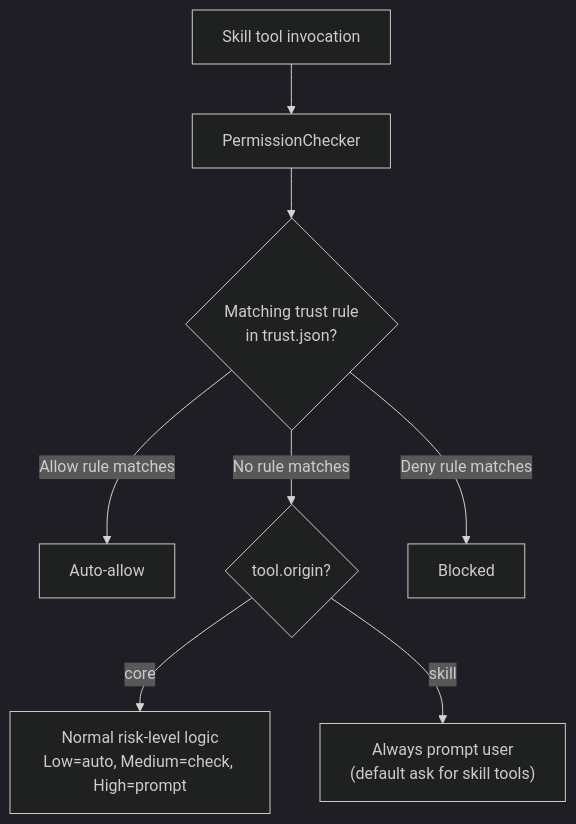
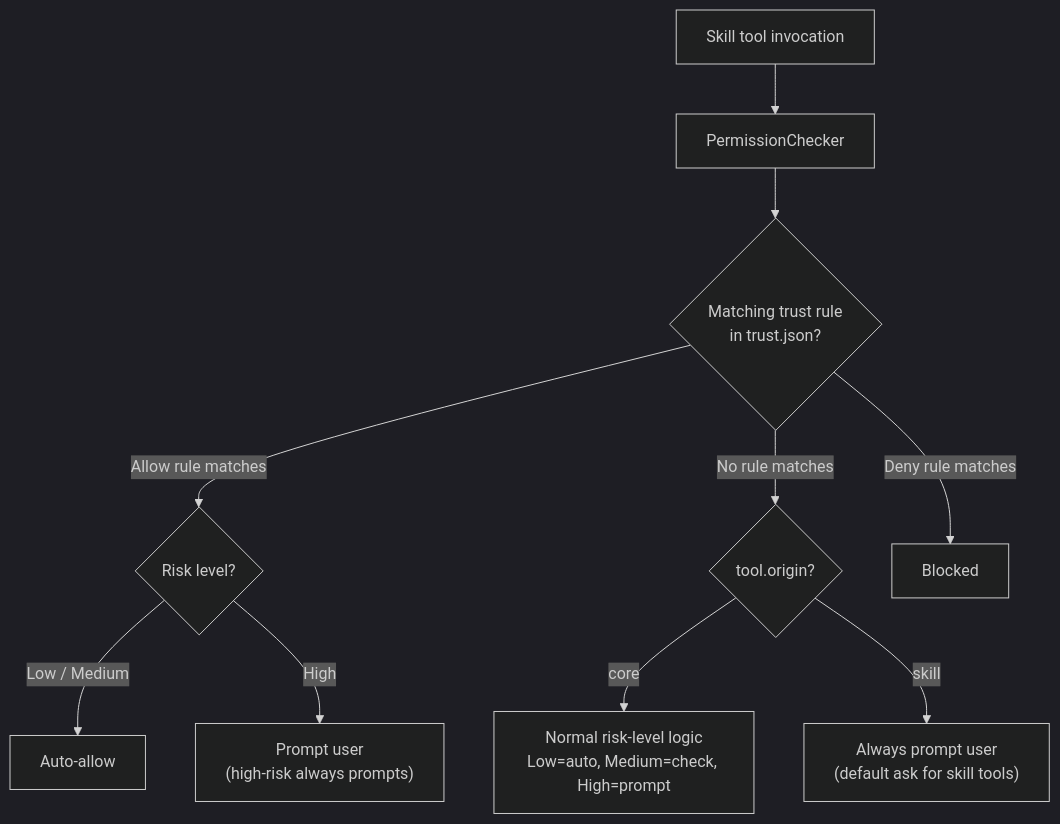
Diagram 19 of 28 in ARCHITECTURE.md (vellum-ai/vellum-assistant), drawn with Mermaid (dark theme) before and after one commit. The commit also changed other lines of this file, not shown here.

Commit message:
docs: add high-risk exception to permission flow diagram
The Mermaid diagram previously showed "Allow rule matches → Auto-allow"
without noting that high-risk tool invocations still prompt the user
even with a matching allow rule. This matches the actual behavior in
checker.ts where allow rules only auto-allow when risk !== High.

````diff
--- a/ARCHITECTURE.md
+++ b/ARCHITECTURE.md
@@ -1482,10 +1482,12 @@
 ```mermaid
 graph TB
     TOOL_CALL["Skill tool invocation"] --> PERM["PermissionChecker"]
     PERM --> TRUST{"Matching trust rule<br/>in trust.json?"}
-    TRUST -->|"Allow rule matches"| ALLOW["Auto-allow"]
+    TRUST -->|"Allow rule matches"| HRISK{"Risk level?"}
+    HRISK -->|"Low / Medium"| ALLOW["Auto-allow"]
+    HRISK -->|"High"| HPROMPT["Prompt user<br/>(high-risk always prompts)"]
     TRUST -->|"No rule matches"| ORIGIN{"tool.origin?"}
     ORIGIN -->|"core"| RISK["Normal risk-level logic<br/>Low=auto, Medium=check, High=prompt"]
     ORIGIN -->|"skill"| PROMPT["Always prompt user<br/>(default ask for skill tools)"]
     TRUST -->|"Deny rule matches"| DENY["Blocked"]
 ```
````
